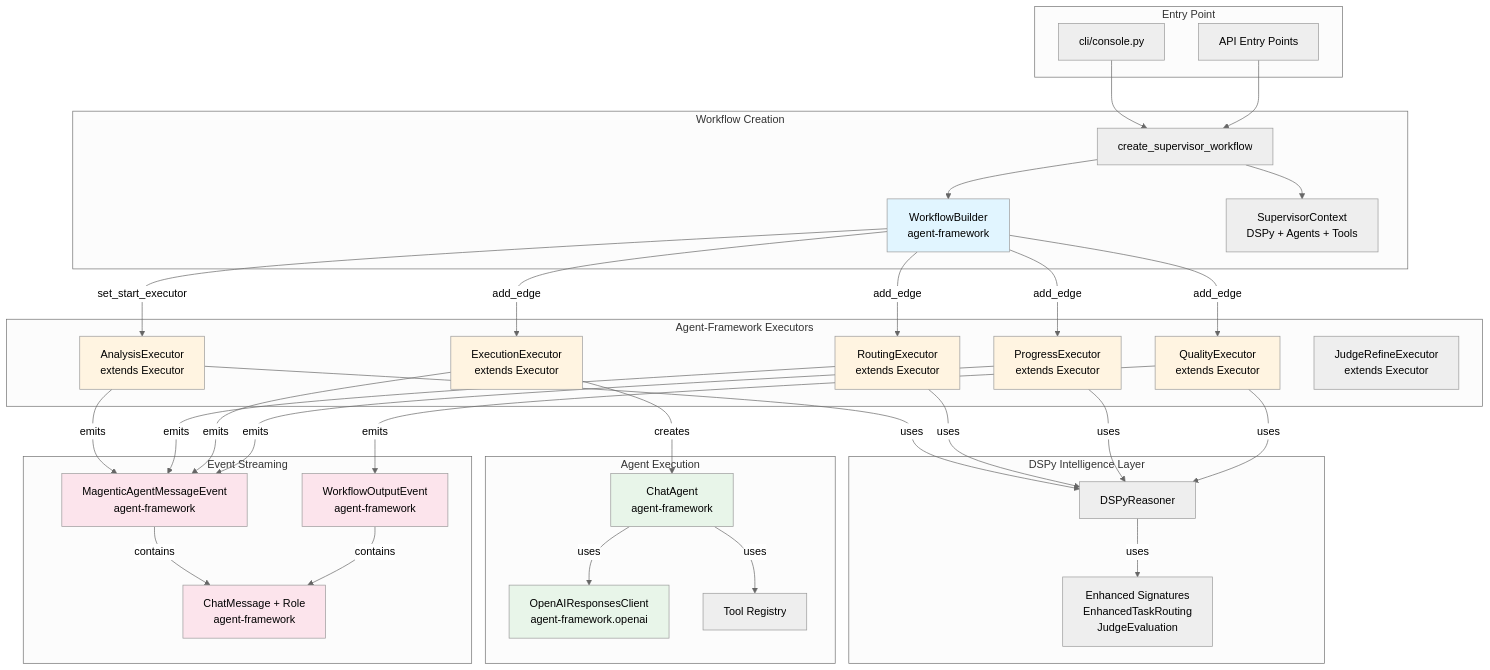
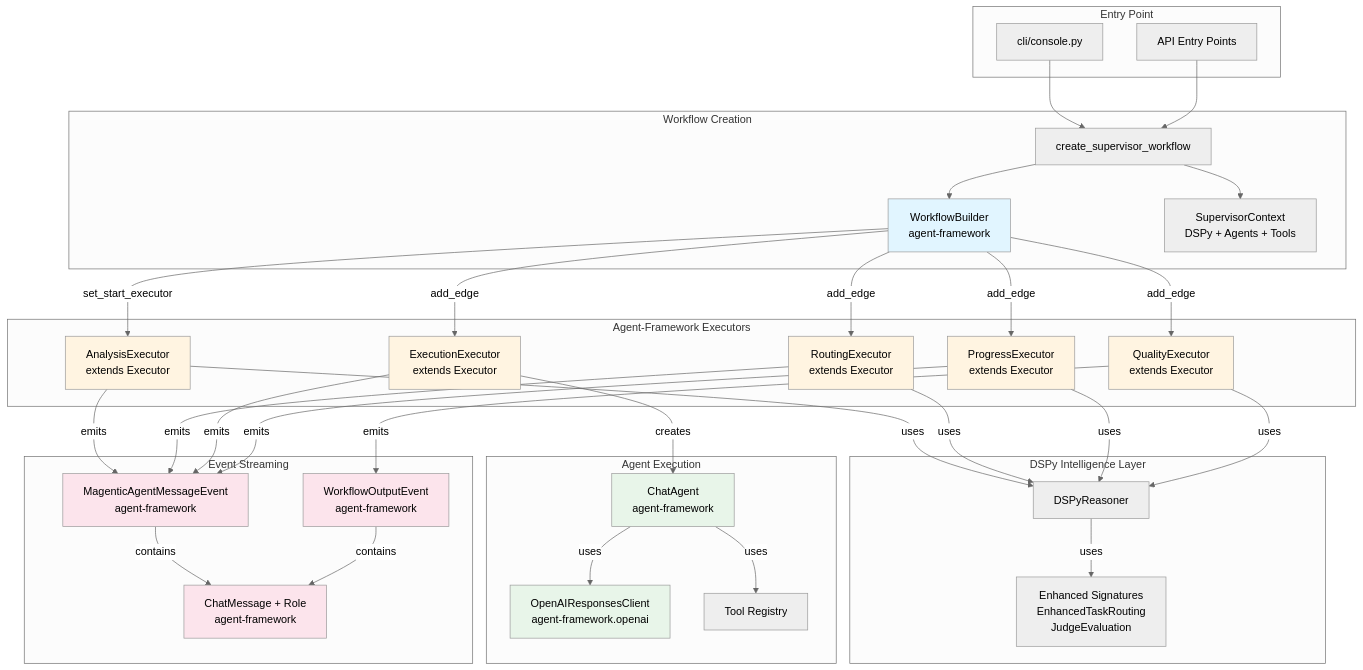
One commit to Qredence/agentic-fleet changed the first of 2 diagrams in docs/developers/architecture.md. Above: the diagram before and after it, drawn with Mermaid (neutral theme). The commit also changed other lines of this file and 4 other files, not shown here.

Commit message:
chore: update documentation for architecture and self-improvement features, removing Judge phase references and adjusting file paths

```diff
--- a/docs/developers/architecture.md
+++ b/docs/developers/architecture.md
@@ -73,7 +73,6 @@
         EE[ExecutionExecutor<br/>extends Executor]
         PE[ProgressExecutor<br/>extends Executor]
         QE[QualityExecutor<br/>extends Executor]
-        JE[JudgeRefineExecutor<br/>extends Executor]
     end
 
     subgraph "DSPy Intelligence Layer"
```
